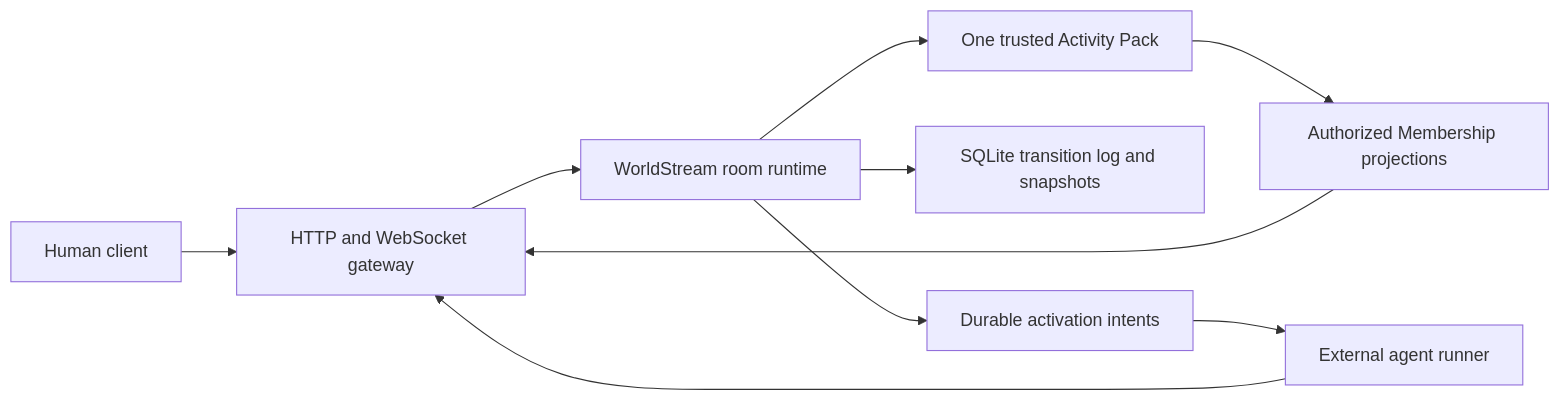
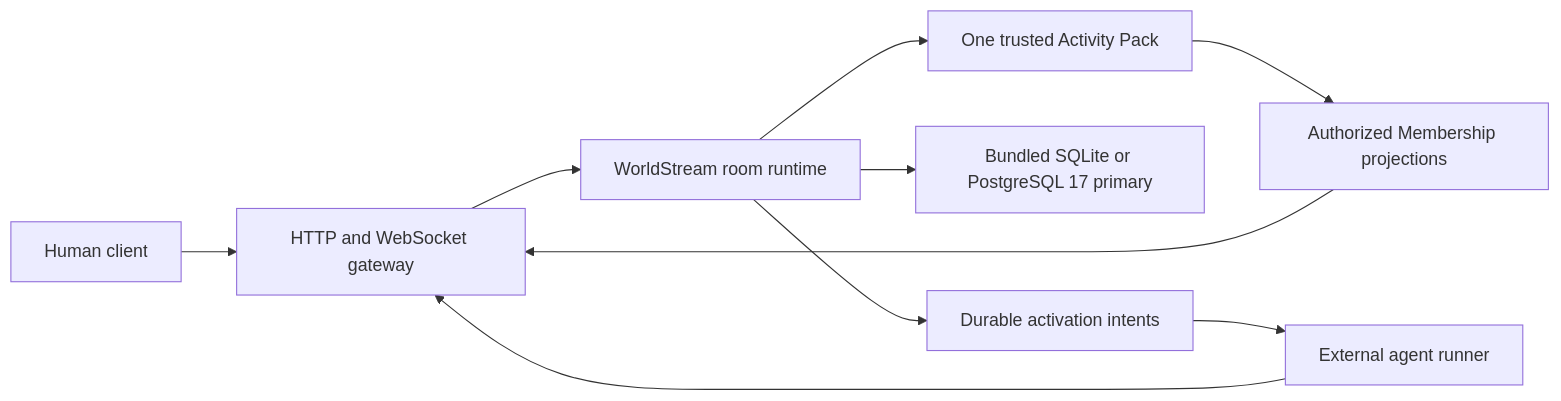
Before and after one commit to imom39a/worldstream: the diagram in README.md, drawn with Mermaid. The commit also changed other lines of this file and 9 other files, not shown here.

```diff
--- a/README.md
+++ b/README.md
@@ -17,12 +17,12 @@
 ~~~mermaid
 flowchart LR
     H["Human client"] --> G["HTTP and WebSocket gateway"]
     R["External agent runner"] --> G
     G --> W["WorldStream room runtime"]
     W --> P["One trusted Activity Pack"]
-    W --> D["SQLite transition log and snapshots"]
+    W --> D["Bundled SQLite or PostgreSQL 17 primary"]
     P --> O["Authorized Membership projections"]
     O --> G
     W --> A["Durable activation intents"]
     A --> R
 ~~~
```
